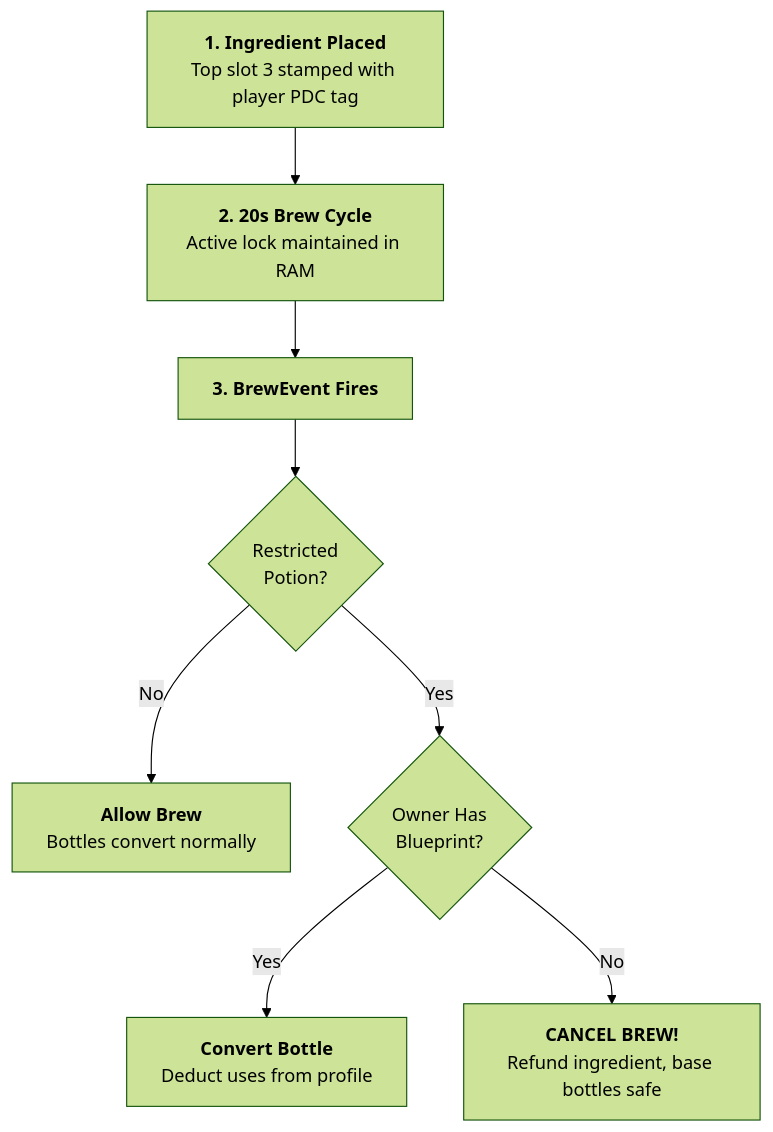
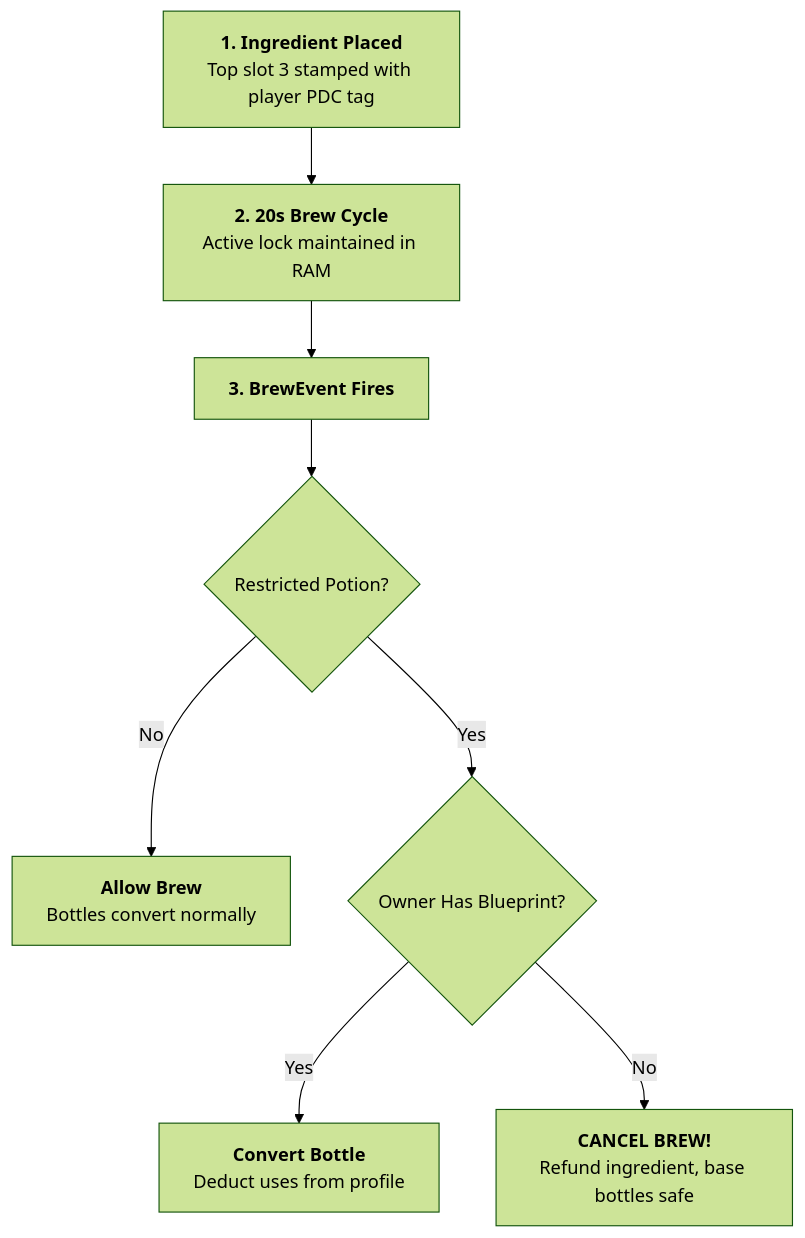
One commit to XZtotal/CraftingBlueprints-Wiki changed the diagram in docs/mechanics/brewing-stand.md. Above: the diagram before and after it, drawn with Mermaid (forest theme). The commit also changed 4 other files, not shown here.

Commit message:
style(docs): widen flowchart node labels and set wrappingWidth to 360px with minNodeWidth 160px

````diff
--- a/docs/mechanics/brewing-stand.md
+++ b/docs/mechanics/brewing-stand.md
@@ -15,19 +15,19 @@
 ```mermaid
 flowchart TD
     Ing["<b>1. Ingredient Placed</b><br/>Top slot 3 stamped with player PDC tag"]
     Cycle["<b>2. 20s Brew Cycle</b><br/>Active lock maintained in RAM"]
     Event["<b>3. BrewEvent Fires</b>"]
-    Check{"Restricted<br/>Potion?"}
+    Check{"Restricted Potion?"}
     Allow["<b>Allow Brew</b><br/>Bottles convert normally"]
-    OwnerCheck{"Owner Has<br/>Blueprint?"}
+    OwnerCheck{"Owner Has Blueprint?"}
     Convert["<b>Convert Bottle</b><br/>Deduct uses from profile"]
     Cancel["<b>CANCEL BREW!</b><br/>Refund ingredient, base bottles safe"]
 
     Ing --> Cycle
     Cycle --> Event
     Event --> Check
     Check -->|No| Allow
     Check -->|Yes| OwnerCheck
     OwnerCheck -->|Yes| Convert
     OwnerCheck -->|No| Cancel
 ```
````
